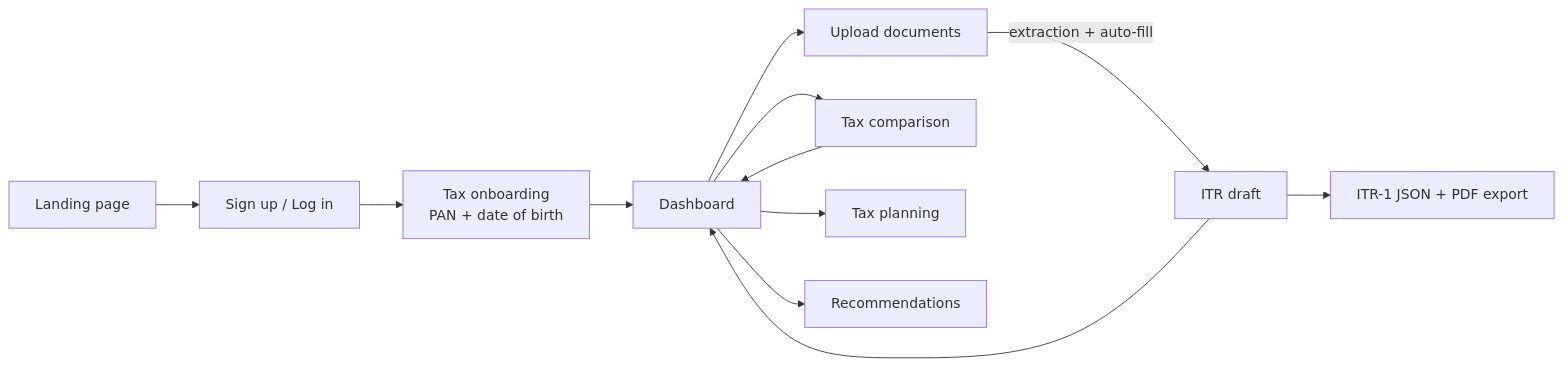
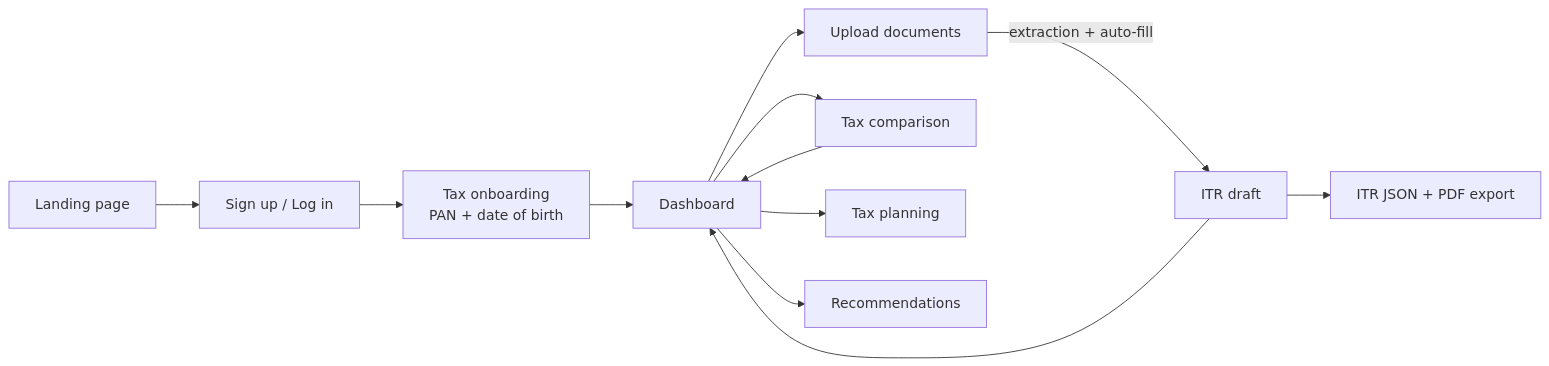
The first of 2 diagrams in README.md (Srija-Chittaluru/MoneyMitra), drawn with Mermaid before and after one commit. The commit also changed other lines of this file and 2 other files, not shown here.

````diff
--- a/README.md
+++ b/README.md
@@ -90,14 +91,14 @@
 ```mermaid
 flowchart LR
     A[Landing page] --> B[Sign up / Log in]
     B --> C[Tax onboarding<br/>PAN + date of birth]
     C --> D[Dashboard]
     D --> E[Upload documents]
     E -->|extraction + auto-fill| F[ITR draft]
     D --> G[Tax comparison]
     F --> D
     G --> D
     D --> H[Tax planning]
     D --> I[Recommendations]
-    F --> J[ITR-1 JSON + PDF export]
+    F --> J[ITR JSON + PDF export]
 ```
````
